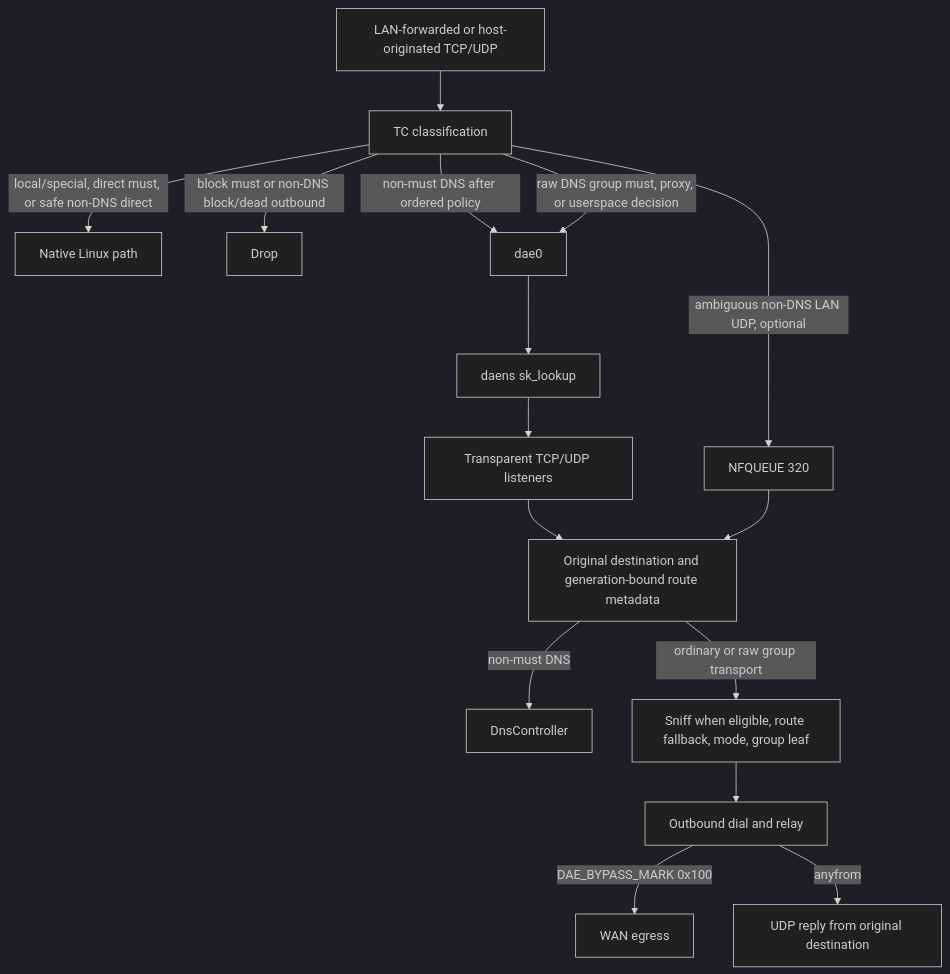
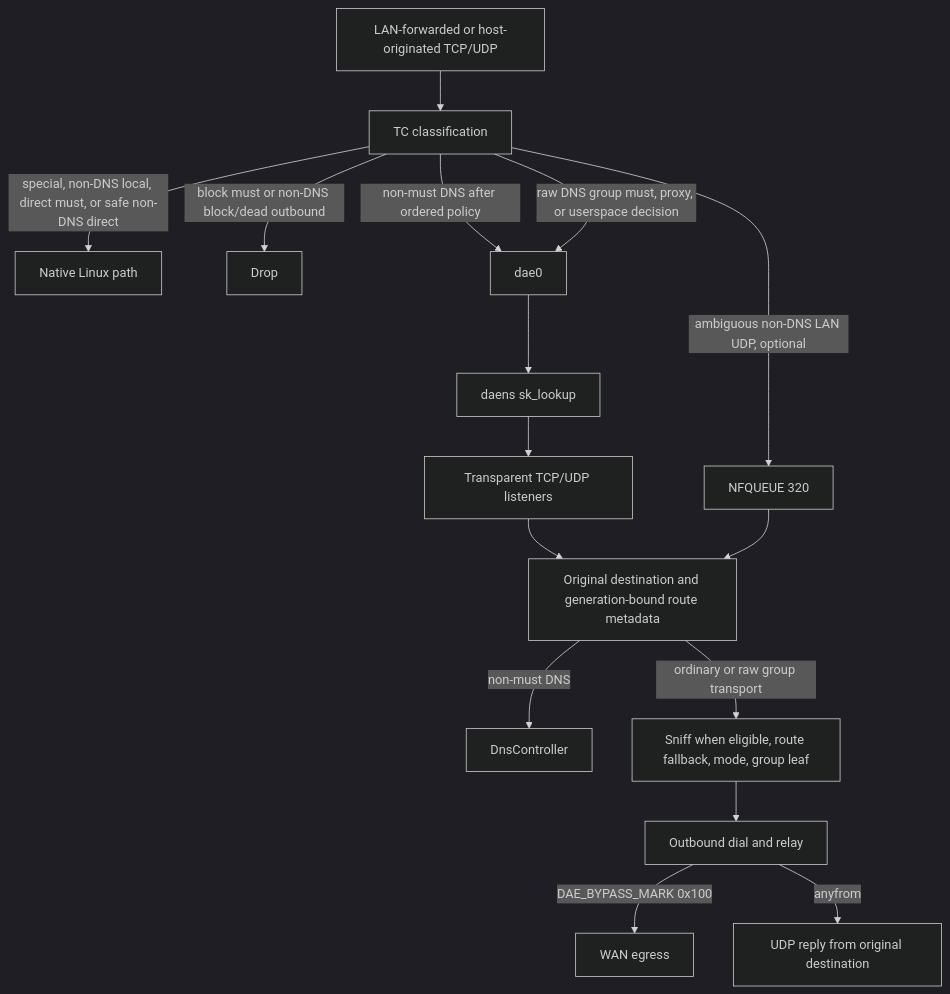
Before and after one commit to Glassyiris/honk: the second of 2 diagrams in doc/en/design/overview.md, drawn with Mermaid (dark theme). The commit also changed other lines of this file and 50 other files, not shown here.

First line of the commit message:
fix(dns): route LAN DNS before local socket bypass (#256)

````diff
--- a/doc/en/design/overview.md
+++ b/doc/en/design/overview.md
@@ -72,18 +72,18 @@
 ```mermaid
 flowchart TB
   PACKET[LAN-forwarded or host-originated TCP/UDP] --> TC[TC classification]
-  TC -->|local/special, direct must, or safe non-DNS direct| NATIVE[Native Linux path]
+  TC -->|special, non-DNS local, direct must, or safe non-DNS direct| NATIVE[Native Linux path]
   TC -->|block must or non-DNS block/dead outbound| DROP[Drop]
   TC -->|non-must DNS after ordered policy| DAE0[dae0]
   TC -->|raw DNS group must, proxy, or userspace decision| DAE0
   TC -->|ambiguous non-DNS LAN UDP, optional| NFQ[NFQUEUE 320]
   DAE0 --> SK[daens sk_lookup]
   SK --> LISTEN[Transparent TCP/UDP listeners]
   LISTEN --> CP[Original destination and generation-bound route metadata]
   NFQ --> CP
   CP -->|non-must DNS| DNS[DnsController]
   CP -->|ordinary or raw group transport| DECIDE[Sniff when eligible, route fallback, mode, group leaf]
   DECIDE --> DIAL[Outbound dial and relay]
   DIAL -->|DAE_BYPASS_MARK 0x100| WAN[WAN egress]
   DIAL -->|anyfrom| REPLY[UDP reply from original destination]
 ```
````
